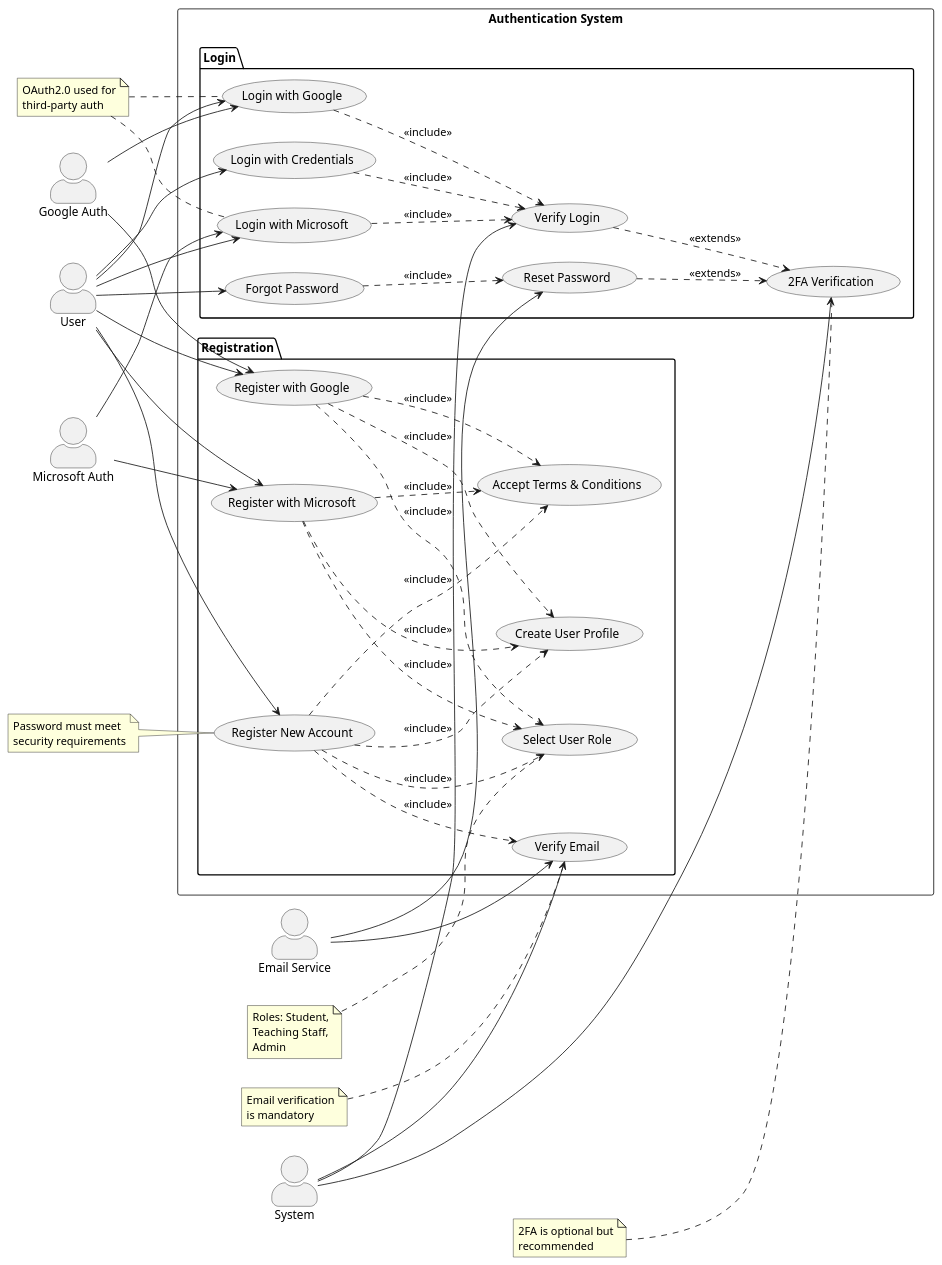
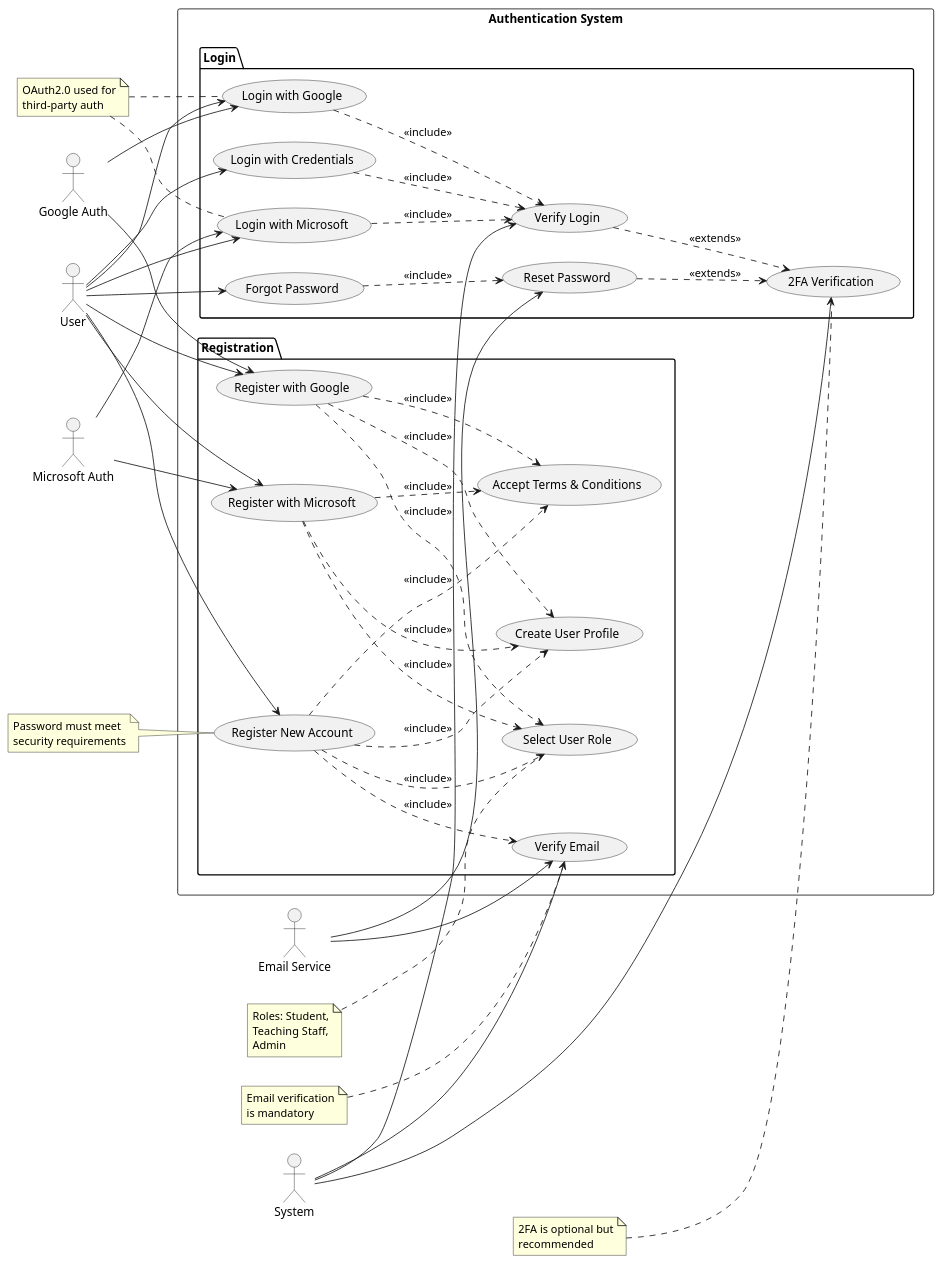
The diagram in docs/puml-designs/login-registration.usecase.diagram.puml (0-kodiya-0/SDGP-CS-135), drawn with PlantUML before and after one commit. The commit also changed 5 other files, not shown here.

Commit message:
added to the docs diagrams

```diff
--- a/docs/puml-designs/login-registration.usecase.diagram.puml
+++ b/docs/puml-designs/login-registration.usecase.diagram.puml
@@ -1,105 +1,100 @@
 @startuml FusionSpace Login and Registration Use Cases
 
 left to right direction
-skinparam actorStyle awesome
-skinparam usecase {
-    BackgroundColor<<extend>> LightGrey
-    BorderColor<<extend>> DarkGrey
-}
 
 ' Actors
 actor "User" as user
 actor "System" as system
 actor "Google Auth" as google
 actor "Microsoft Auth" as microsoft
 actor "Email Service" as email
 
 rectangle "Authentication System" {
     ' Login Use Cases
     package "Login" {
         usecase "Login with Credentials" as UC1
         usecase "Login with Google" as UC2
         usecase "Login with Microsoft" as UC3
         usecase "Forgot Password" as UC4
         usecase "Verify Login" as UC5
         usecase "Reset Password" as UC6
         usecase "2FA Verification" as UC7
     }
 
     ' Registration Use Cases
     package "Registration" {
         usecase "Register New Account" as UC8
         usecase "Register with Google" as UC9
         usecase "Register with Microsoft" as UC10
         usecase "Verify Email" as UC11
         usecase "Create User Profile" as UC12
         usecase "Accept Terms & Conditions" as UC13
         usecase "Select User Role" as UC14
     }
 }
 
 ' Login relationships
 user --> UC1
 user --> UC2
 user --> UC3
 user --> UC4
 
 UC1 ..> UC5 : <<include>>
 UC2 ..> UC5 : <<include>>
 UC3 ..> UC5 : <<include>>
 UC5 ..> UC7 : <<extends>>
 UC4 ..> UC6 : <<include>>
 UC6 ..> UC7 : <<extends>>
 
 ' Registration relationships
 user --> UC8
 user --> UC9
 user --> UC10
 
 UC8 ..> UC11 : <<include>>
 UC8 ..> UC12 : <<include>>
 UC8 ..> UC13 : <<include>>
 UC8 ..> UC14 : <<include>>
 
 UC9 ..> UC12 : <<include>>
 UC9 ..> UC13 : <<include>>
 UC9 ..> UC14 : <<include>>
 
 UC10 ..> UC12 : <<include>>
 UC10 ..> UC13 : <<include>>
 UC10 ..> UC14 : <<include>>
 
 ' System relationships
 system --> UC5
 system --> UC11
 system --> UC7
 
 ' Auth Provider relationships
 google --> UC2
 google --> UC9
 
 microsoft --> UC3
 microsoft --> UC10
 
 ' Email Service relationships
 email --> UC11
 email --> UC6
 
 ' Notes
 note "Password must meet\nsecurity requirements" as N1
 N1 .. UC8
 
 note "2FA is optional but\nrecommended" as N2
 N2 .. UC7
 
 note "Email verification\nis mandatory" as N3
 N3 .. UC11
 
 note "Roles: Student,\nTeaching Staff,\nAdmin" as N4
 N4 .. UC14
 
 note "OAuth2.0 used for\nthird-party auth" as N5
 N5 .. UC2
 N5 .. UC3
 
 @enduml
```
